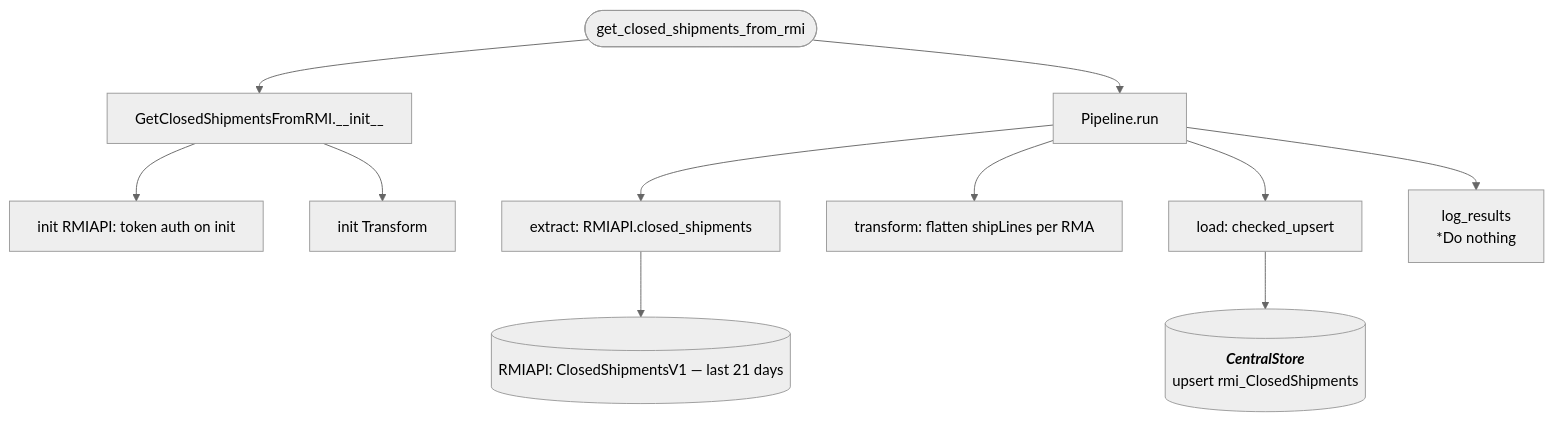
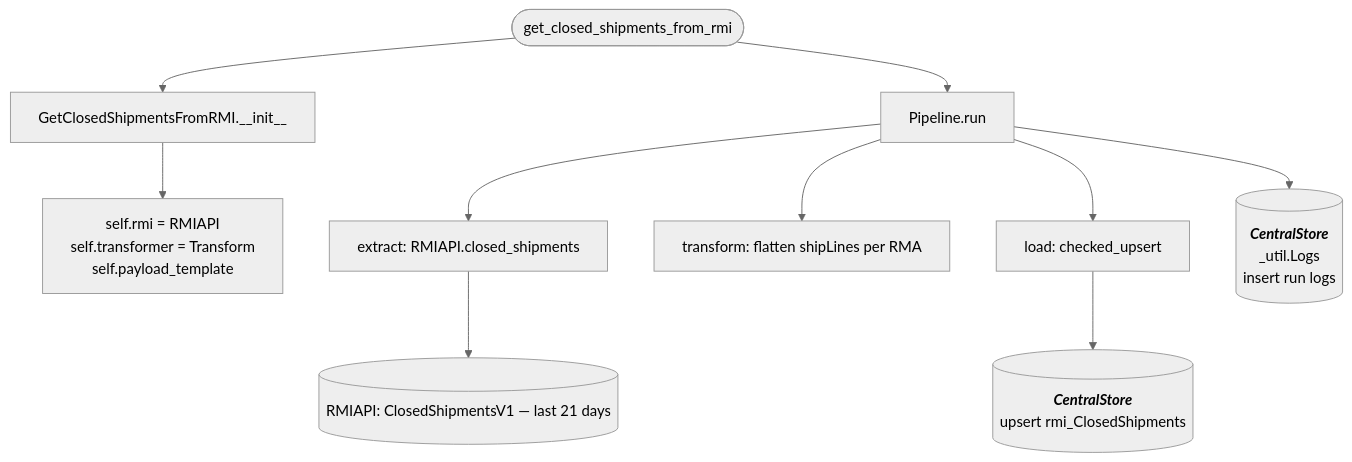
The diagram in docs/pipelines/get_closed_shipments_from_rmi.md (journeyhl/integration-platform), drawn with Mermaid (neutral theme) before and after one commit. The commit also changed 25 other files, not shown here.

````diff
--- a/docs/pipelines/get_closed_shipments_from_rmi.md
+++ b/docs/pipelines/get_closed_shipments_from_rmi.md
@@ -1,21 +1,27 @@
 ```mermaid
 %%{init: {"flowchart": {"wrappingWidth": 400}}}%%
 flowchart TD
     A([get_closed_shipments_from_rmi]) --> B[GetClosedShipmentsFromRMI.__init__]
-    B --> B1[init RMIAPI: token auth on init]
-    B --> B2[init Transform]
+    B --> B1[
+        self.rmi = RMIAPI
+        self.transformer = Transform
+        self.payload_template
+    ]
     A --> RUN[Pipeline.run]
 
     RUN --> EX[extract: RMIAPI.closed_shipments]
     EX --> D1[(RMIAPI: ClosedShipmentsV1 — last 21 days)]
 
     RUN --> TR[transform: flatten shipLines per RMA]
 
     RUN --> LD[load: checked_upsert]
     LD --> CS1[(
         <b><i>CentralStore</i></b>
         upsert rmi_ClosedShipments
     )]
 
-    RUN --> LR[log_results<br/>*Do nothing]
+    RUN --> LOGS[(
+        <b><i>CentralStore</i></b>
+        _util.Logs<br/>insert run logs
+    )]
 ```
````
